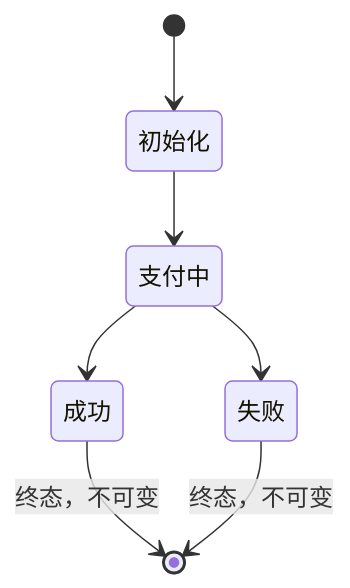
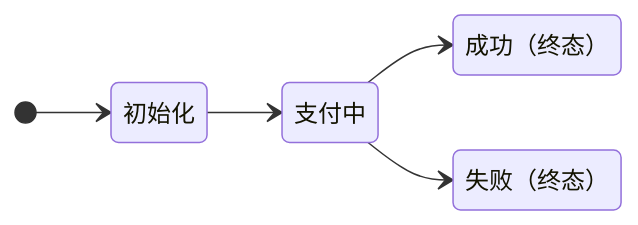
The second of 7 diagrams in docs/architecture/case-studies/high-concurrency-payment-system-practice-notes.md (skingford/knowledge), drawn with Mermaid before and after one commit. The commit also changed other lines of this file and 1 other file, not shown here.

````diff
--- a/docs/architecture/case-studies/high-concurrency-payment-system-practice-notes.md
+++ b/docs/architecture/case-studies/high-concurrency-payment-system-practice-notes.md
@@ -226,9 +228,11 @@
 ```mermaid
 stateDiagram-v2
+    direction LR
+    state "成功（终态）" as Success
+    state "失败（终态）" as Failure
+
     [*] --> 初始化
     初始化 --> 支付中
-    支付中 --> 成功
-    支付中 --> 失败
-    成功 --> [*]: 终态，不可变
-    失败 --> [*]: 终态，不可变
+    支付中 --> Success
+    支付中 --> Failure
 ```
````
